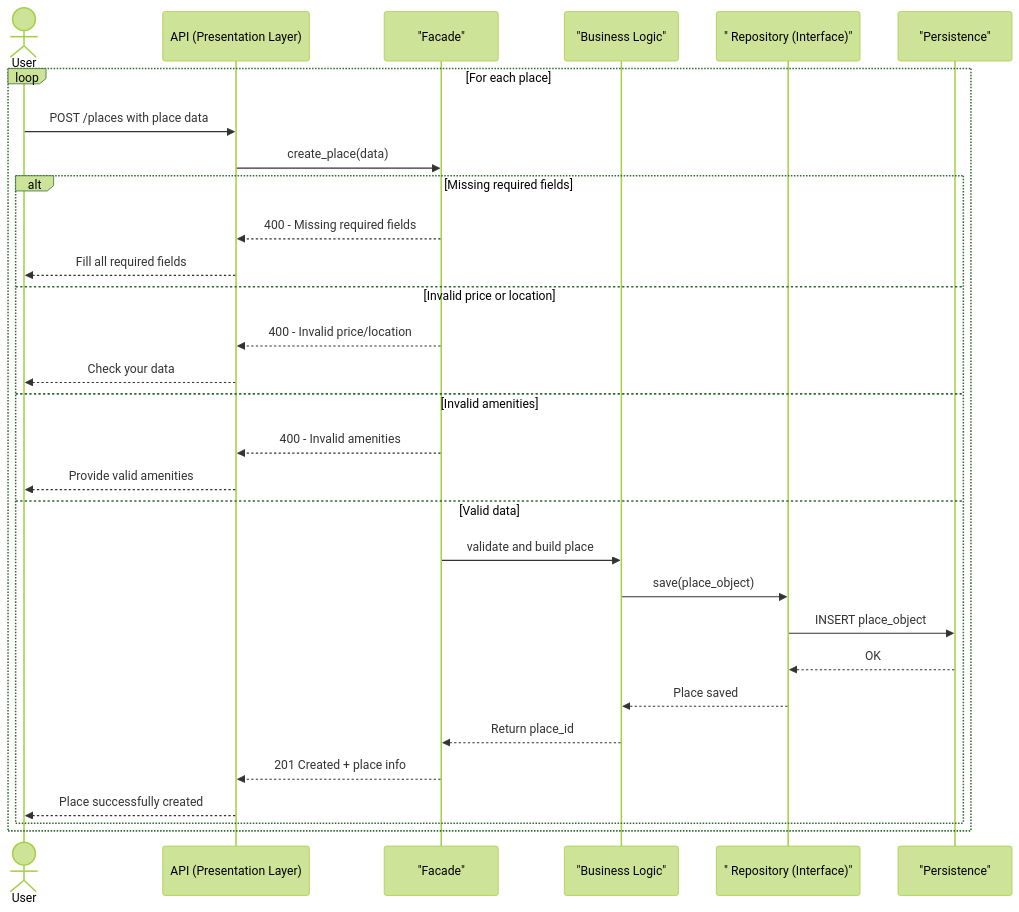
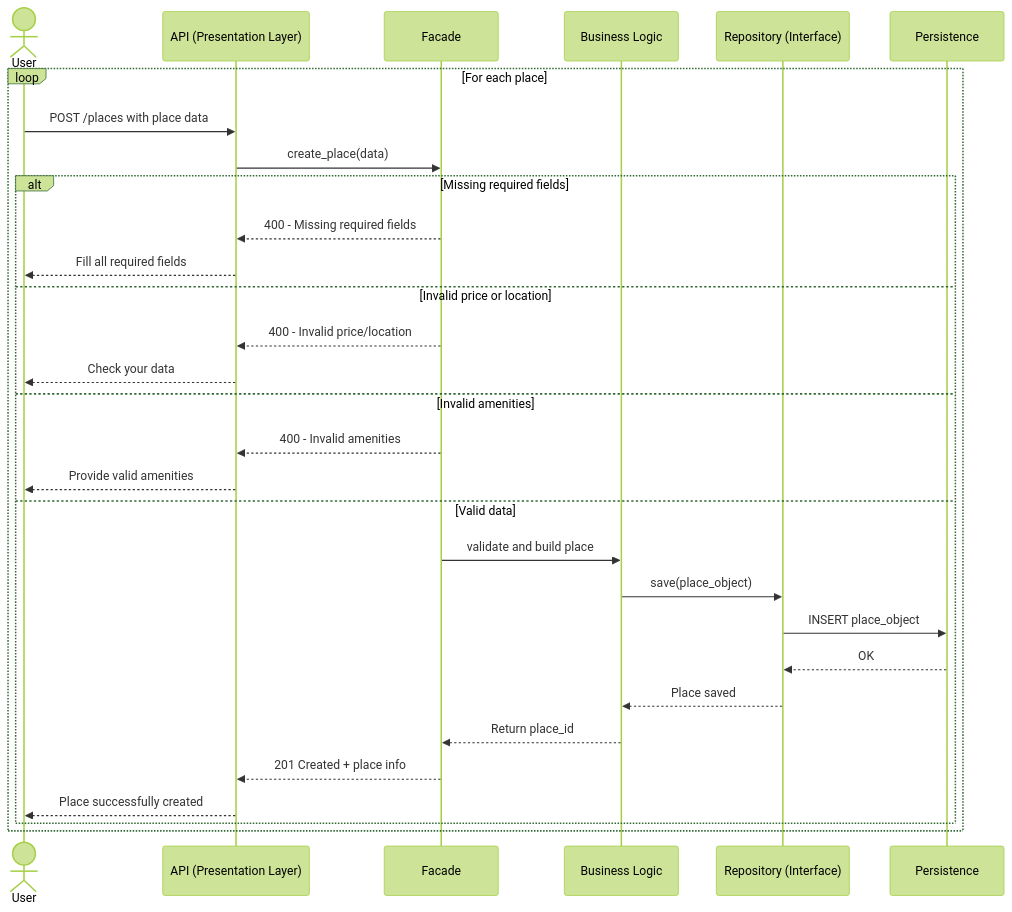
The diagram in Part1/sequence_place.md (Ravou/holbertonschool-hbnb), drawn with Mermaid (forest theme) before and after one commit.

Commit message:
fix name of participant

````diff
--- a/Part1/sequence_place.md
+++ b/Part1/sequence_place.md
@@ -1,39 +1,39 @@
 ```mermaid
 sequenceDiagram
     %% Layers:
     %% Presentation: User, API
     %% Business Logic: Facade, PlaceLogic, PlaceRepository
     %% Persistence: Database
 
     actor User
     participant API as API (Presentation Layer)
-    participant Facade as "Facade"
-    participant PlaceLogic as "Business Logic"
-    participant PlaceRepository as " Repository (Interface)"
-    participant Database as "Persistence"
+    participant Facade as Facade
+    participant PlaceLogic as Business Logic
+    participant PlaceRepository as Repository (Interface)
+    participant Database as Persistence
 
     loop For each place
         User ->> API: POST /places with place data
         API ->> Facade: create_place(data)
 
         alt Missing required fields
             Facade -->> API: 400 - Missing required fields
             API -->> User: Fill all required fields
         else Invalid price or location
             Facade -->> API: 400 - Invalid price/location
             API -->> User: Check your data
         else Invalid amenities
             Facade -->> API: 400 - Invalid amenities
             API -->> User: Provide valid amenities
         else Valid data
             Facade ->> PlaceLogic: validate and build place
             PlaceLogic ->> PlaceRepository: save(place_object)
             PlaceRepository ->> Database: INSERT place_object
             Database -->> PlaceRepository: OK
             PlaceRepository -->> PlaceLogic: Place saved
             PlaceLogic -->> Facade: Return place_id
             Facade -->> API: 201 Created + place info
             API -->> User: Place successfully created
         end
     end
 ```
````
